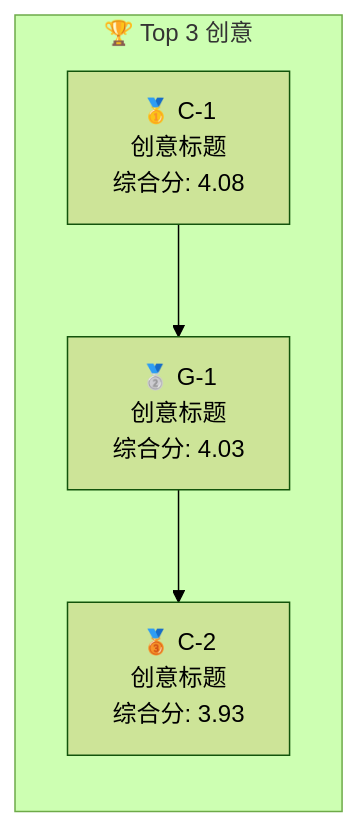
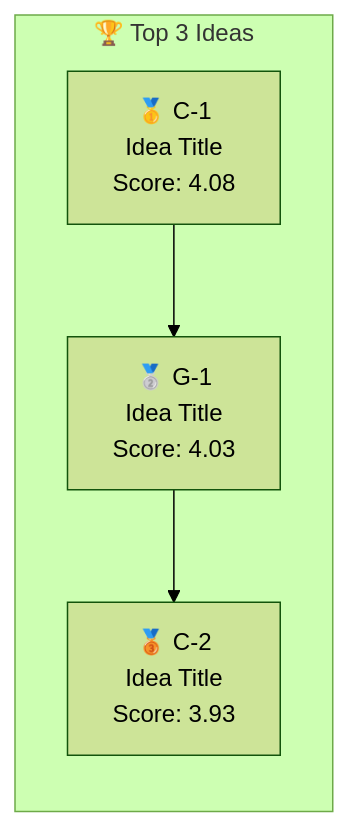
The sixth of 10 diagrams in plugins/brainstorm/skills/idea-evaluator/references/mermaid-templates.md (zengwenliang416/my-plugins), drawn with Mermaid (forest theme) before and after one commit. The commit also changed other lines of this file and 3 other files, not shown here.

````diff
--- a/plugins/brainstorm/skills/idea-evaluator/references/mermaid-templates.md
+++ b/plugins/brainstorm/skills/idea-evaluator/references/mermaid-templates.md
@@ -125,10 +125,10 @@
 ```mermaid
 graph LR
-    subgraph "🏆 Top 3 创意"
-        A["🥇 C-1<br/>创意标题<br/>综合分: 4.08"]
-        B["🥈 G-1<br/>创意标题<br/>综合分: 4.03"]
-        C["🥉 C-2<br/>创意标题<br/>综合分: 3.93"]
+    subgraph "🏆 Top 3 Ideas"
+        A["🥇 C-1<br/>Idea Title<br/>Score: 4.08"]
+        B["🥈 G-1<br/>Idea Title<br/>Score: 4.03"]
+        C["🥉 C-2<br/>Idea Title<br/>Score: 3.93"]
     end
 
     A --> B --> C
 ```
````
